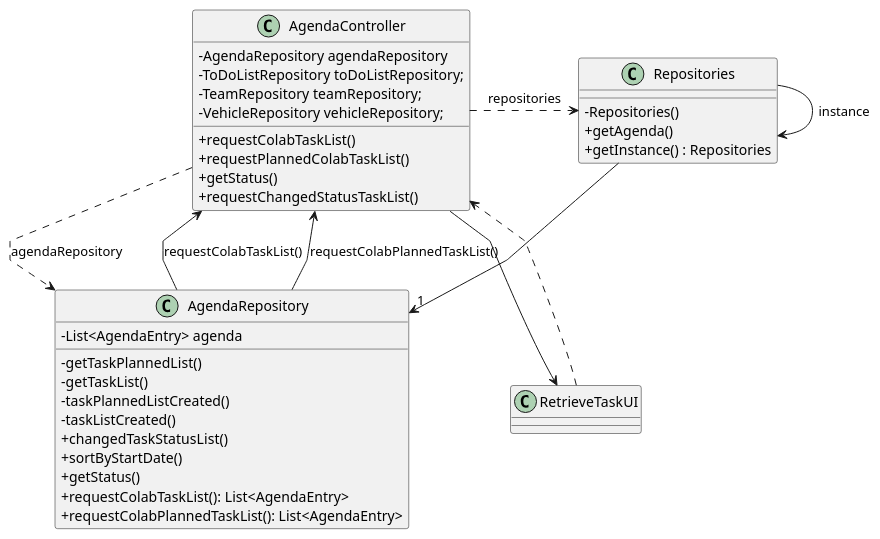
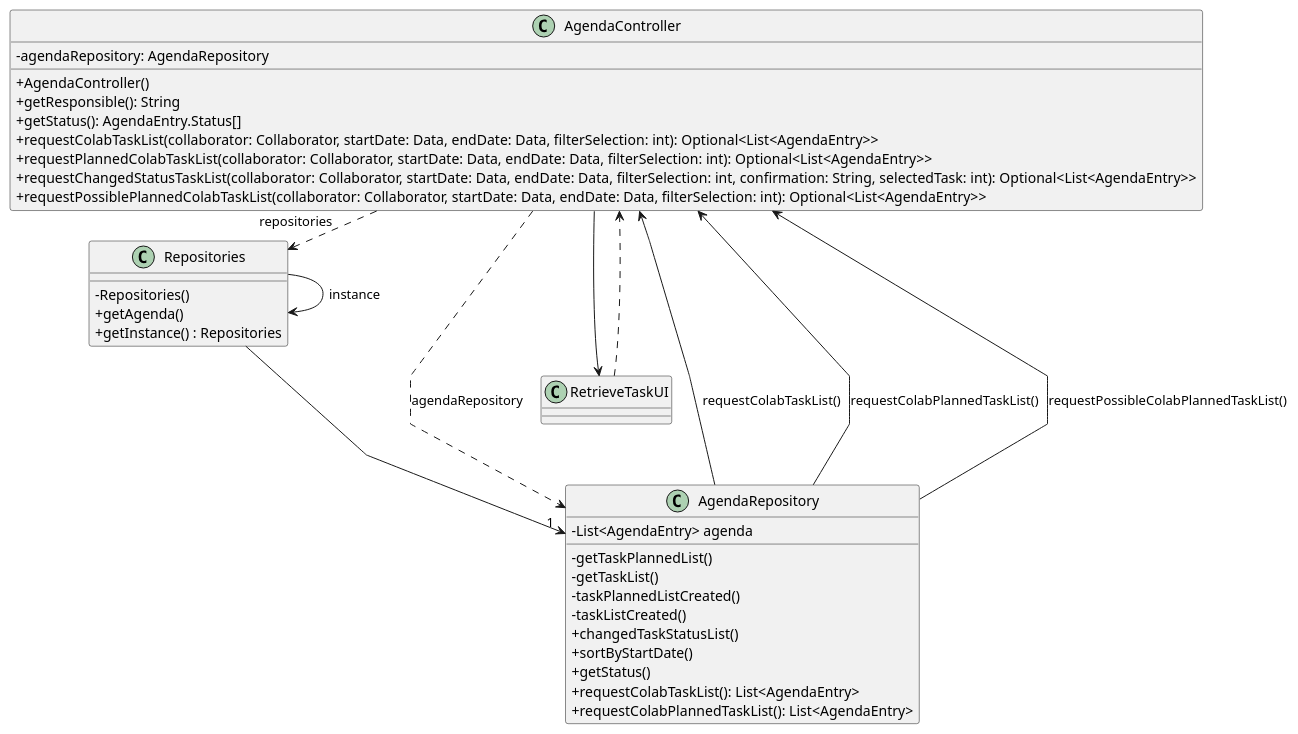
Before and after one commit to SAEmanuel/Green_Spaces_Management_ISEP: the diagram in docs/sprintC/us028 and us029/03.design/puml/us028_29-class-diagram.puml, drawn with PlantUML. The commit also changed 2 other files, not shown here.

Commit message:
US29 set current date update

```diff
--- a/docs/sprintC/us028 and us029/03.design/puml/us028_29-class-diagram.puml
+++ b/docs/sprintC/us028 and us029/03.design/puml/us028_29-class-diagram.puml
@@ -1,53 +1,53 @@
 @startuml
 'skinparam monochrome true
 skinparam packageStyle rectangle
 skinparam shadowing false
 skinparam linetype polyline
 'skinparam linetype orto
 skinparam classAttributeIconSize 0
 'left to right direction
 
 class AgendaRepository {
     -List<AgendaEntry> agenda
     - getTaskPlannedList()
     - getTaskList()
     - taskPlannedListCreated()
     - taskListCreated()
     + changedTaskStatusList()
     + sortByStartDate()
     + getStatus()
     + requestColabTaskList(): List<AgendaEntry>
     + requestColabPlannedTaskList(): List<AgendaEntry>
 }
 
 class Repositories {
     - Repositories()
     + getAgenda()
     + getInstance() : Repositories
 }
 
 class AgendaController {
-    - AgendaRepository agendaRepository
-    - ToDoListRepository toDoListRepository;
-    - TeamRepository teamRepository;
-    - VehicleRepository vehicleRepository;
-    + requestColabTaskList()
-    + requestPlannedColabTaskList()
-    + getStatus()
-    + requestChangedStatusTaskList()
-
+    - agendaRepository: AgendaRepository
+    + AgendaController()
+    + getResponsible(): String
+    + getStatus(): AgendaEntry.Status[]
+    + requestColabTaskList(collaborator: Collaborator, startDate: Data, endDate: Data, filterSelection: int): Optional<List<AgendaEntry>>
+    + requestPlannedColabTaskList(collaborator: Collaborator, startDate: Data, endDate: Data, filterSelection: int): Optional<List<AgendaEntry>>
+    + requestChangedStatusTaskList(collaborator: Collaborator, startDate: Data, endDate: Data, filterSelection: int, confirmation: String, selectedTask: int): Optional<List<AgendaEntry>>
+    + requestPossiblePlannedColabTaskList(collaborator: Collaborator, startDate: Data, endDate: Data, filterSelection: int): Optional<List<AgendaEntry>>
 }
 
 class RetrieveTaskUI {
 }
 
 RetrieveTaskUI ..> AgendaController
 
 AgendaController --> RetrieveTaskUI
 AgendaController .> Repositories : repositories
 Repositories  --> "1 " AgendaRepository
 Repositories -> Repositories : instance
 AgendaController ..>  AgendaRepository : agendaRepository
 AgendaRepository --> AgendaController : requestColabTaskList()
 AgendaRepository --> AgendaController : requestColabPlannedTaskList()
+AgendaRepository ---> AgendaController : requestPossibleColabPlannedTaskList()
 @enduml
```
